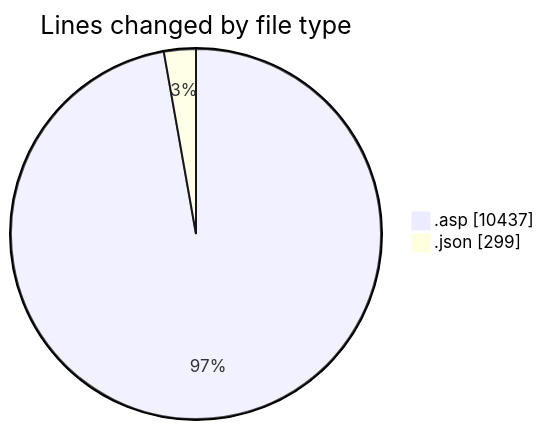
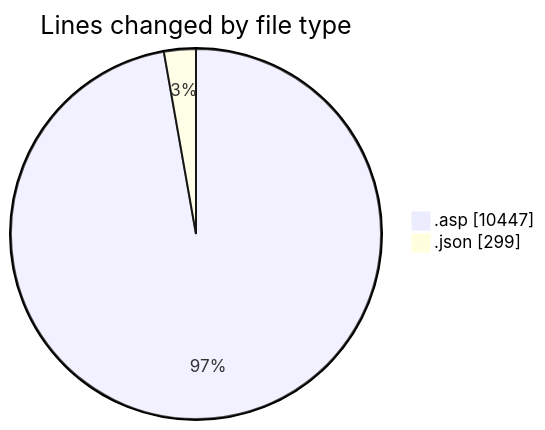
The first of 2 diagrams in 2025-11-15/usr_aleoudev_fr__workspace_/README.md (julien-gomy/code-tracking), drawn with Mermaid before and after one commit. The commit also changed other lines of this file and 1 other file, not shown here.

````diff
--- a/2025-11-15/usr_aleoudev_fr__workspace_/README.md
+++ b/2025-11-15/usr_aleoudev_fr__workspace_/README.md
@@ -28,6 +28,6 @@
 ```mermaid
 pie showData
 title Lines changed by file type
-".asp" : 10437
+".asp" : 10447
 ".json" : 299
 ```
````
